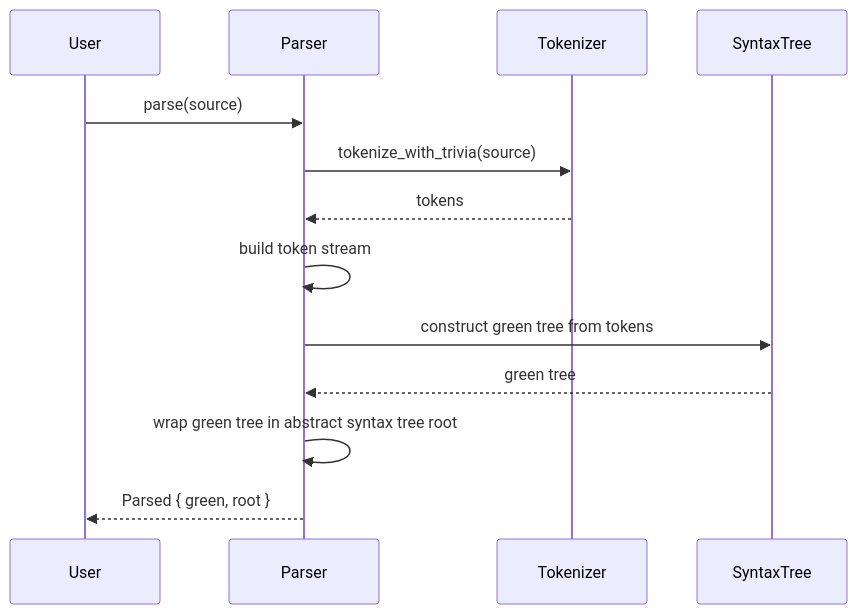
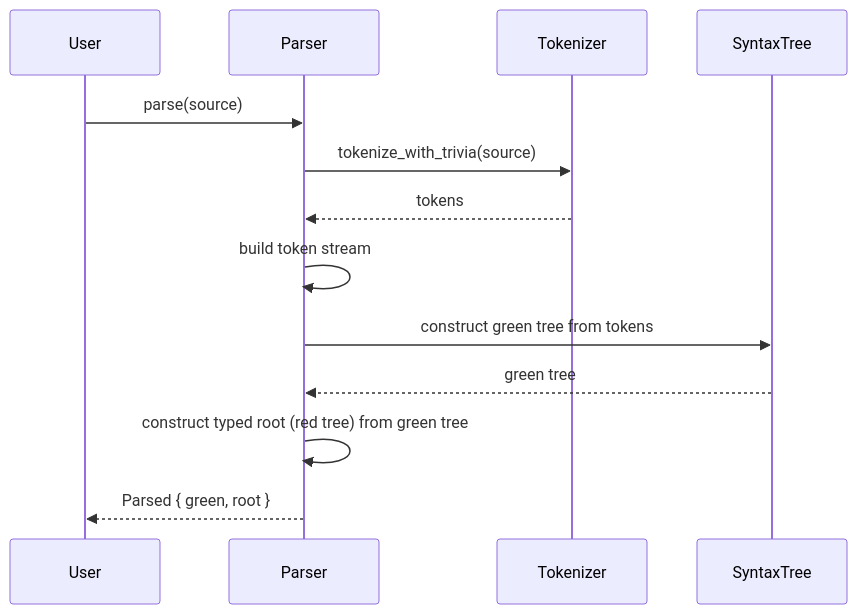
Before and after one commit to leynos/ddlint: the diagram in docs/ddlint-design-and-road-map.md, drawn with Mermaid. The commit also changed 18 other files, not shown here.

````diff
--- a/docs/ddlint-design-and-road-map.md
+++ b/docs/ddlint-design-and-road-map.md
@@ -193,16 +193,16 @@
 ```mermaid
 sequenceDiagram
     participant User
     participant Parser
     participant Tokenizer
     participant SyntaxTree
 
     User->>Parser: parse(source)
     Parser->>Tokenizer: tokenize_with_trivia(source)
     Tokenizer-->>Parser: tokens
     Parser->>Parser: build token stream
     Parser->>SyntaxTree: construct green tree from tokens
     SyntaxTree-->>Parser: green tree
-    Parser->>Parser: wrap green tree in abstract syntax tree root
+    Parser->>Parser: construct typed root (red tree) from green tree
     Parser-->>User: Parsed { green, root }
 ```
````
